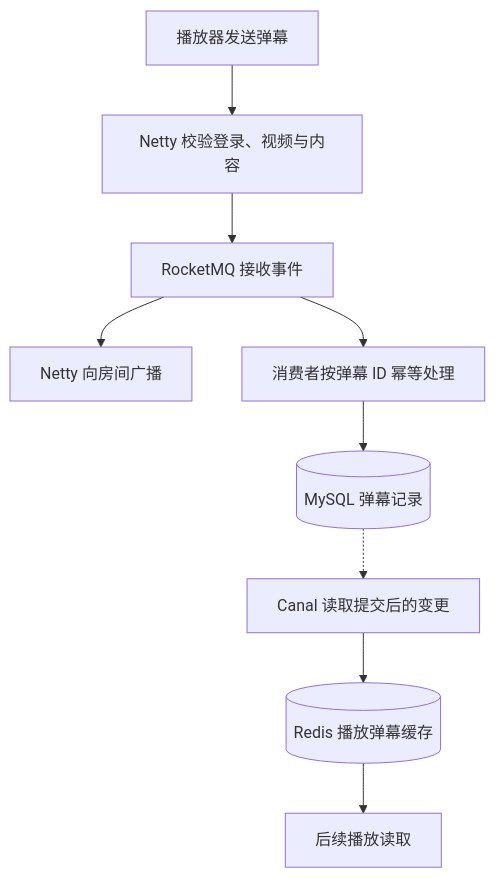
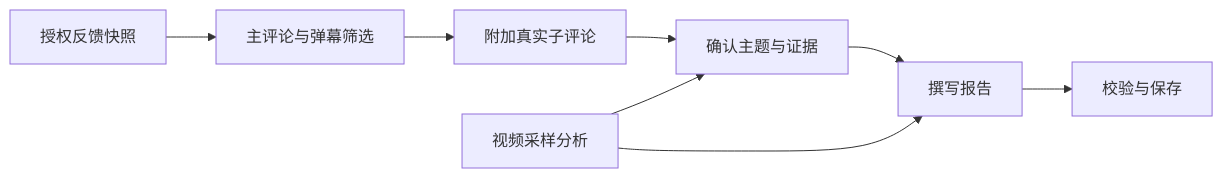
Before and after one commit to NBSW002/Tianmu: the diagram in README.md, drawn with Mermaid. The commit also changed other lines of this file and 3 other files, not shown here.

````diff
--- a/README.md
+++ b/README.md
@@ -80,11 +123,10 @@
 ```mermaid
-flowchart TB
-    Send["播放器发送弹幕"] --> WS["Netty 校验登录、视频与内容"]
-    WS --> MQ["RocketMQ 接收事件"]
-    MQ --> Broadcast["Netty 向房间广播"]
-    MQ --> Consumer["消费者按弹幕 ID 幂等处理"]
-    Consumer --> DB[("MySQL 弹幕记录")]
-    DB -.-> Canal["Canal 读取提交后的变更"]
-    Canal --> Cache[("Redis 播放弹幕缓存")]
-    Cache --> Read["后续播放读取"]
+flowchart LR
+    A["授权反馈快照"] --> B["主评论与弹幕筛选"]
+    B --> C["附加真实子评论"]
+    C --> D["确认主题与证据"]
+    V["视频采样分析"] --> D
+    V --> E["撰写报告"]
+    D --> E
+    E --> F["校验与保存"]
 ```
````
